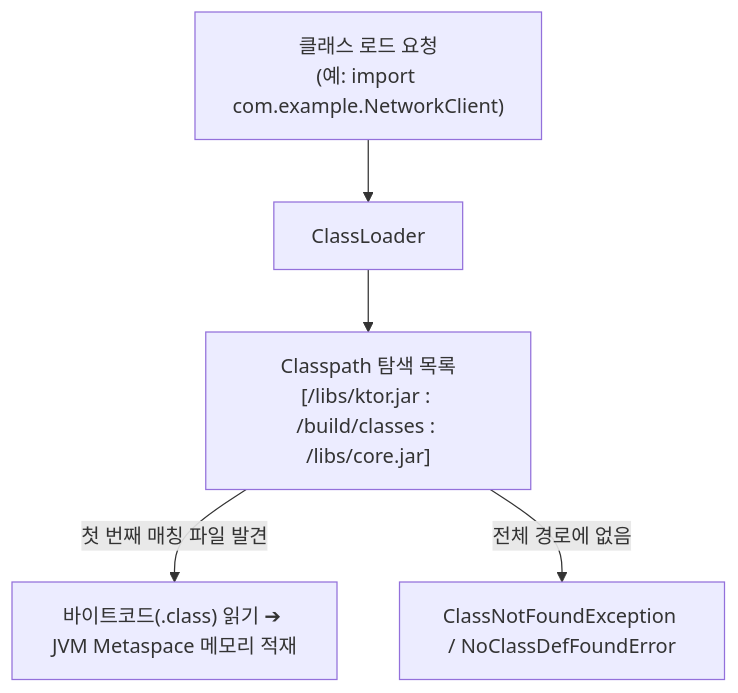
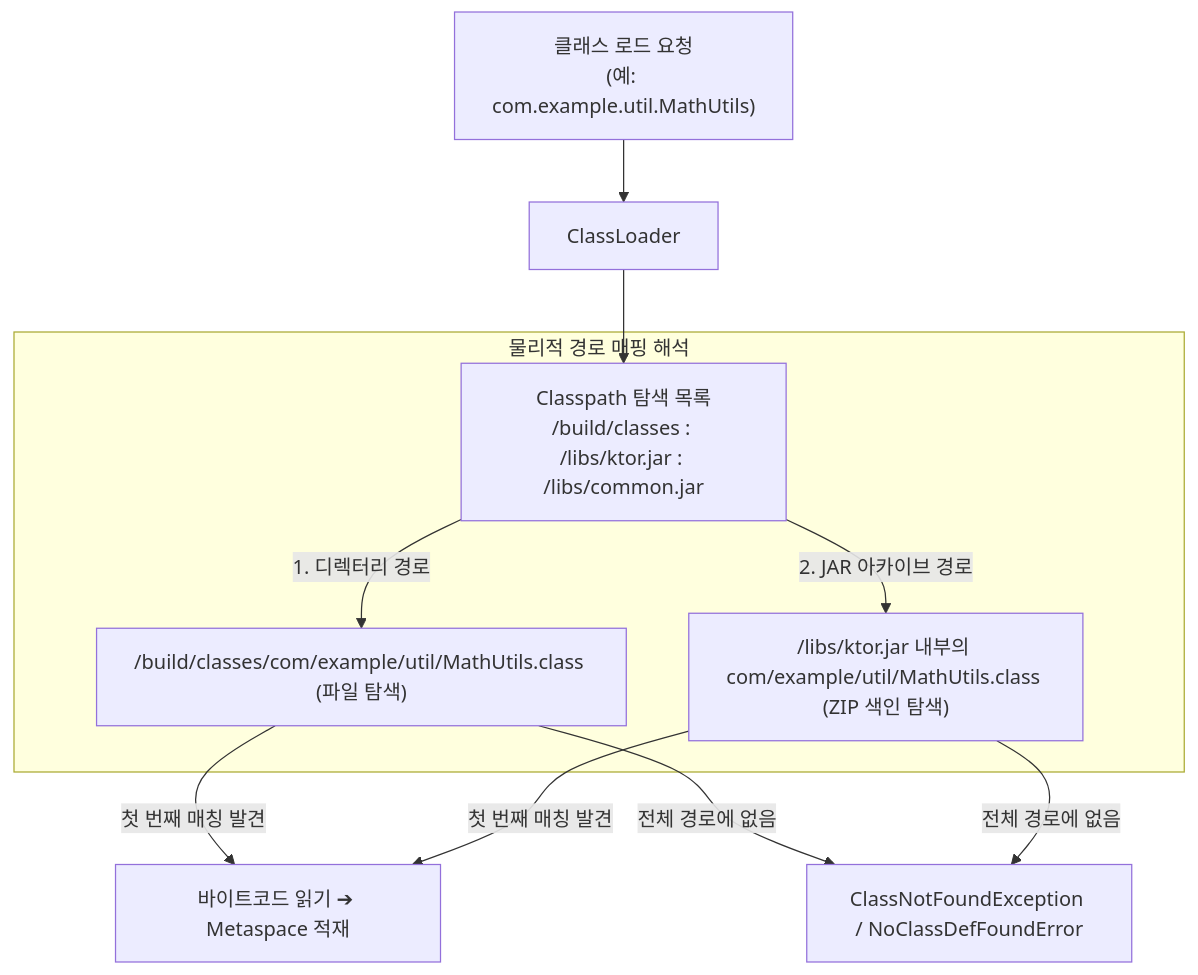
The first of 2 diagrams in 01_inbox/computer-science/jvm-classpath.md (youngmin-gwon/what-i-studied), drawn with Mermaid before and after one commit. The commit also changed other lines of this file and 3 other files, not shown here.

````diff
--- a/01_inbox/computer-science/jvm-classpath.md
+++ b/01_inbox/computer-science/jvm-classpath.md
@@ -17,7 +17,13 @@
 ```mermaid
 flowchart TD
-    Req["클래스 로드 요청<br/>(예: import com.example.NetworkClient)"] --> CL["ClassLoader"]
-    CL --> CP["Classpath 탐색 목록<br/>[/libs/ktor.jar : /build/classes : /libs/core.jar]"]
-    CP -->|첫 번째 매칭 파일 발견| Load["바이트코드(.class) 읽기 ➔ JVM Metaspace 메모리 적재"]
-    CP -->|전체 경로에 없음| Error["ClassNotFoundException / NoClassDefFoundError"]
+    Req["클래스 로드 요청<br/>(예: com.example.util.MathUtils)"] --> CL["ClassLoader"]
+    CL --> CP["Classpath 탐색 목록<br/>/build/classes : /libs/ktor.jar : /libs/common.jar"]
+    
+    subgraph "물리적 경로 매핑 해석"
+        CP -->|1. 디렉터리 경로| Dir["/build/classes/com/example/util/MathUtils.class (파일 탐색)"]
+        CP -->|2. JAR 아카이브 경로| Jar["/libs/ktor.jar 내부의 com/example/util/MathUtils.class (ZIP 색인 탐색)"]
+    end
+
+    Dir & Jar -->|첫 번째 매칭 발견| Load["바이트코드 읽기 ➔ Metaspace 적재"]
+    Dir & Jar -->|전체 경로에 없음| Error["ClassNotFoundException / NoClassDefFoundError"]
 ```
````
